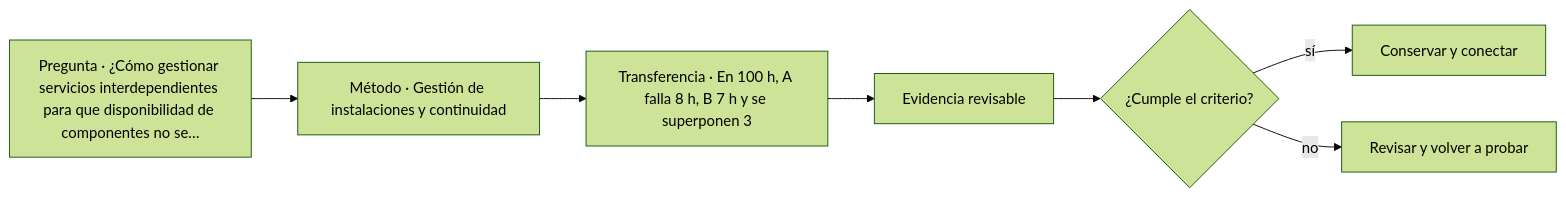
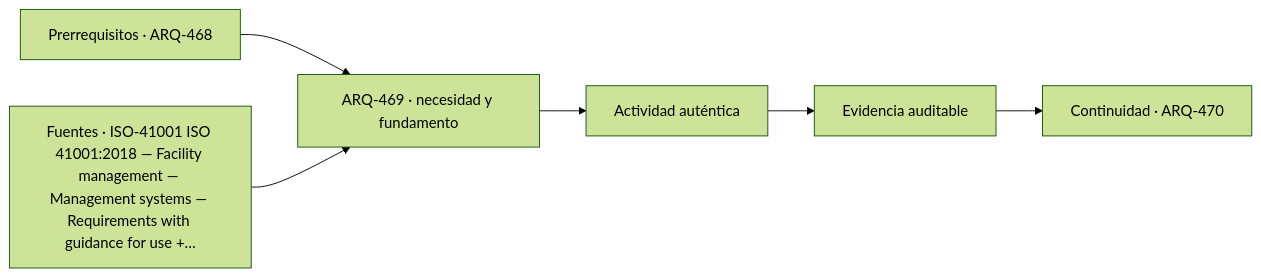
The diagram in classes/parte-47/ARQ-469.md (vladimiracunadev-create/architecture-built-environment-learning-program), drawn with Mermaid (forest theme) before and after one commit. The commit also changed other lines of this file and 761 other files, not shown here.

````diff
--- a/classes/parte-47/ARQ-469.md
+++ b/classes/parte-47/ARQ-469.md
@@ -75,9 +87,8 @@
 ```mermaid
 flowchart LR
-    Q["Pregunta · ¿Cómo gestionar servicios interdependientes para que disponibilidad de componentes no se…"] --> M["Método · Gestión de instalaciones y continuidad"]
-    M --> P["Transferencia · En 100 h, A falla 8 h, B 7 h y se superponen 3"]
-    P --> E["Evidencia revisable"]
-    E --> C{"¿Cumple el criterio?"}
-    C -->|sí| T["Conservar y conectar"]
-    C -->|no| R["Revisar y volver a probar"]
+    A["Prerrequisitos · ARQ-468"] --> B["ARQ-469 · necesidad y fundamento"]
+    S["Fuentes · ISO-41001 ISO 41001:2018 — Facility management — Management systems — Requirements with guidance for use +…"] --> B
+    B --> C["Actividad auténtica"]
+    C --> D["Evidencia auditable"]
+    D --> E["Continuidad · ARQ-470"]
 ```
````
